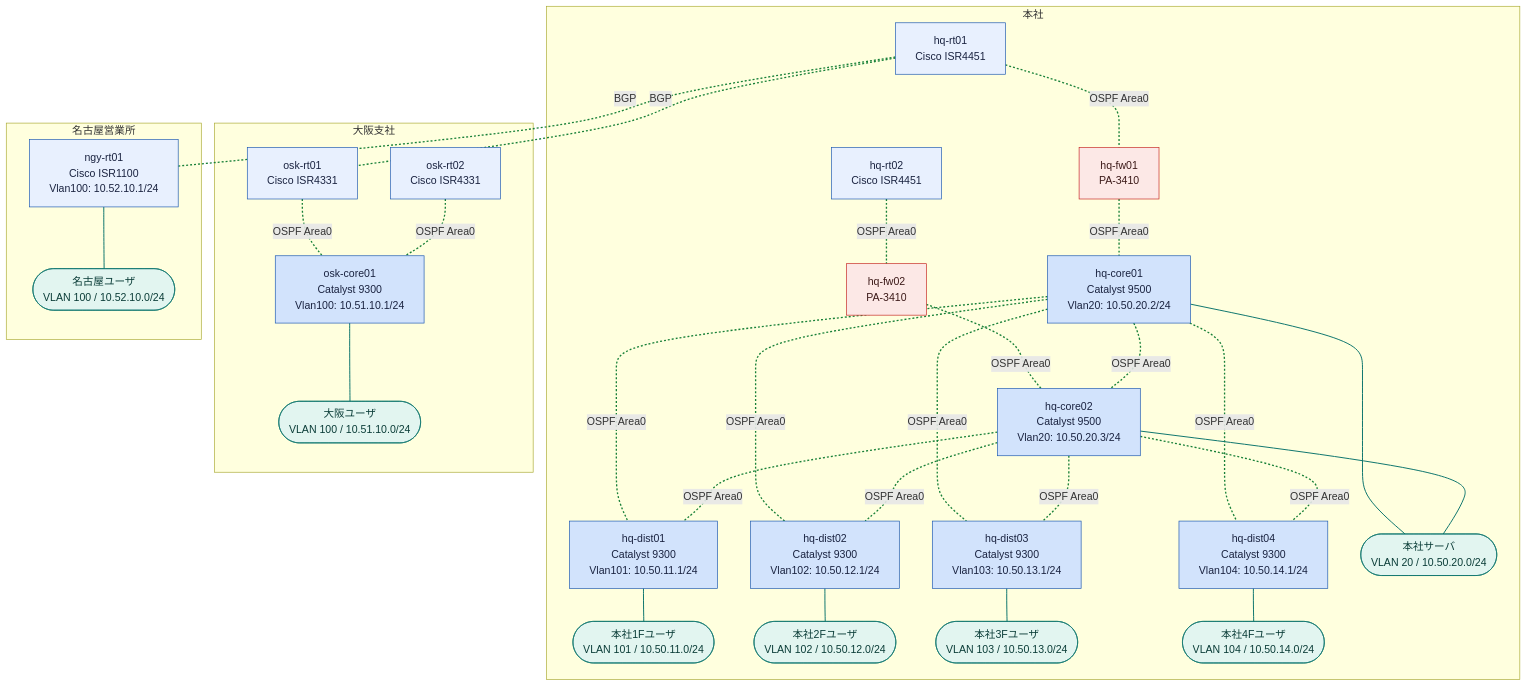
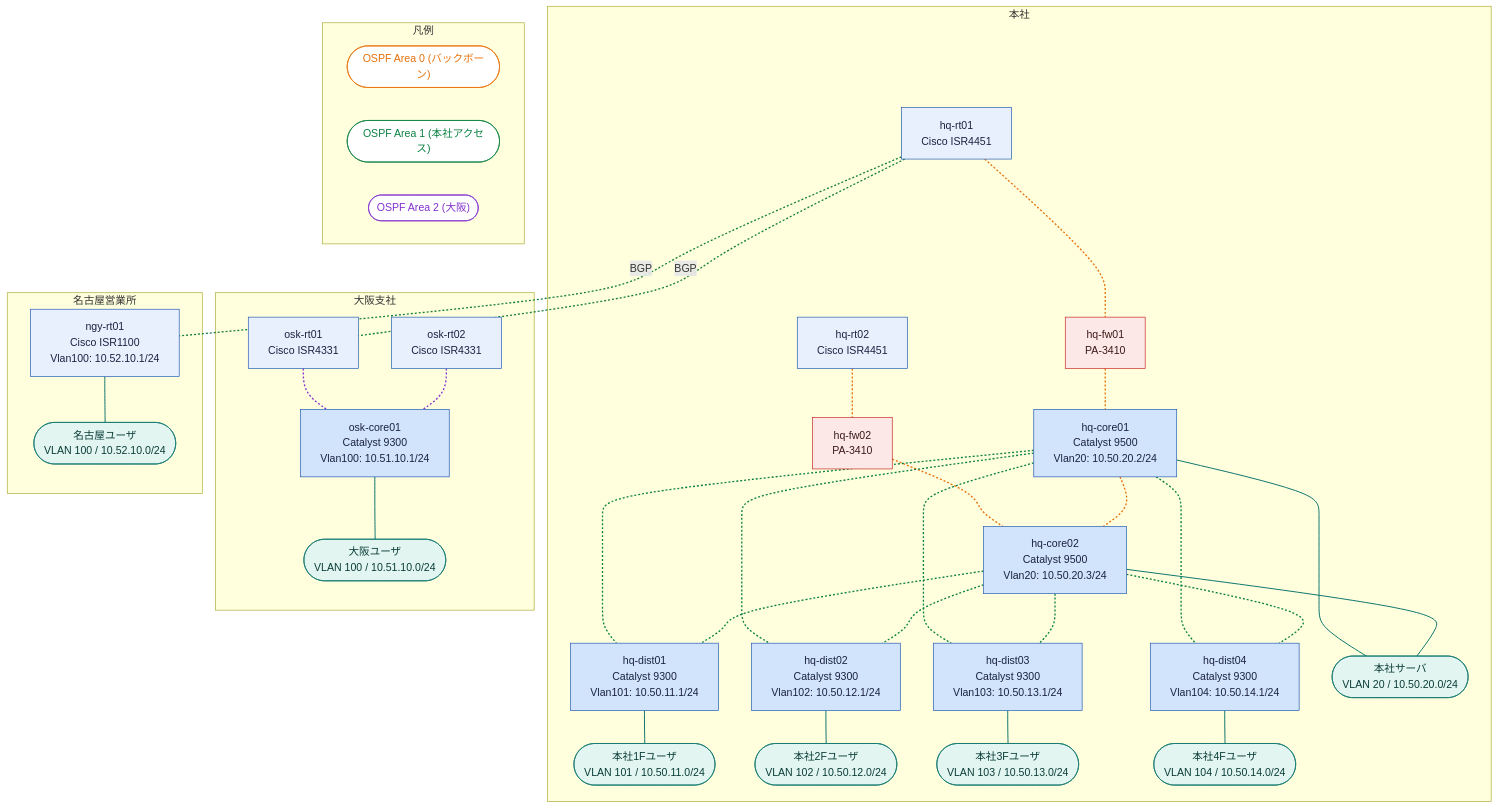
One commit to thinas1115/nwdsl changed the diagram in examples/scale-50/generated/logical-all.mmd. Above: the diagram before and after it, drawn with Mermaid. The commit also changed 28 other files, not shown here.

```diff
--- a/examples/scale-50/generated/logical-all.mmd
+++ b/examples/scale-50/generated/logical-all.mmd
@@ -1,71 +1,85 @@
 flowchart TB
   subgraph sg_hq["本社"]
     hq_rt01["hq-rt01<br>Cisco ISR4451"]
     hq_fw01["hq-fw01<br>PA-3410"]
     hq_rt02["hq-rt02<br>Cisco ISR4451"]
     hq_fw02["hq-fw02<br>PA-3410"]
     hq_core01["hq-core01<br>Catalyst 9500<br>Vlan20: 10.50.20.2/24"]
     hq_core02["hq-core02<br>Catalyst 9500<br>Vlan20: 10.50.20.3/24"]
     hq_dist01["hq-dist01<br>Catalyst 9300<br>Vlan101: 10.50.11.1/24"]
     hq_dist02["hq-dist02<br>Catalyst 9300<br>Vlan102: 10.50.12.1/24"]
     hq_dist03["hq-dist03<br>Catalyst 9300<br>Vlan103: 10.50.13.1/24"]
     hq_dist04["hq-dist04<br>Catalyst 9300<br>Vlan104: 10.50.14.1/24"]
     seg__hq_srv(["本社サーバ<br>VLAN 20 / 10.50.20.0/24"])
     seg__hq_fl1(["本社1Fユーザ<br>VLAN 101 / 10.50.11.0/24"])
     seg__hq_fl2(["本社2Fユーザ<br>VLAN 102 / 10.50.12.0/24"])
     seg__hq_fl3(["本社3Fユーザ<br>VLAN 103 / 10.50.13.0/24"])
     seg__hq_fl4(["本社4Fユーザ<br>VLAN 104 / 10.50.14.0/24"])
   end
   subgraph sg_osk["大阪支社"]
     osk_rt01["osk-rt01<br>Cisco ISR4331"]
     osk_core01["osk-core01<br>Catalyst 9300<br>Vlan100: 10.51.10.1/24"]
     osk_rt02["osk-rt02<br>Cisco ISR4331"]
     seg__osk_lan(["大阪ユーザ<br>VLAN 100 / 10.51.10.0/24"])
   end
   subgraph sg_ngy["名古屋営業所"]
     ngy_rt01["ngy-rt01<br>Cisco ISR1100<br>Vlan100: 10.52.10.1/24"]
     seg__ngy_lan(["名古屋ユーザ<br>VLAN 100 / 10.52.10.0/24"])
   end
-  hq_rt01 ---|"OSPF Area0"| hq_fw01
-  hq_rt02 ---|"OSPF Area0"| hq_fw02
-  hq_fw01 ---|"OSPF Area0"| hq_core01
-  hq_fw02 ---|"OSPF Area0"| hq_core02
-  hq_core01 ---|"OSPF Area0"| hq_core02
-  hq_core01 ---|"OSPF Area0"| hq_dist01
-  hq_core02 ---|"OSPF Area0"| hq_dist01
-  hq_core01 ---|"OSPF Area0"| hq_dist02
-  hq_core02 ---|"OSPF Area0"| hq_dist02
-  hq_core01 ---|"OSPF Area0"| hq_dist03
-  hq_core02 ---|"OSPF Area0"| hq_dist03
-  hq_core01 ---|"OSPF Area0"| hq_dist04
-  hq_core02 ---|"OSPF Area0"| hq_dist04
-  osk_rt01 ---|"OSPF Area0"| osk_core01
-  osk_rt02 ---|"OSPF Area0"| osk_core01
+  hq_rt01 --- hq_fw01
+  hq_rt02 --- hq_fw02
+  hq_fw01 --- hq_core01
+  hq_fw02 --- hq_core02
+  hq_core01 --- hq_core02
+  hq_core01 --- hq_dist01
+  hq_core02 --- hq_dist01
+  hq_core01 --- hq_dist02
+  hq_core02 --- hq_dist02
+  hq_core01 --- hq_dist03
+  hq_core02 --- hq_dist03
+  hq_core01 --- hq_dist04
+  hq_core02 --- hq_dist04
+  osk_rt01 --- osk_core01
+  osk_rt02 --- osk_core01
   hq_rt01 ---|"BGP"| osk_rt01
   hq_rt01 ---|"BGP"| ngy_rt01
   hq_core01 --- seg__hq_srv
   hq_core02 --- seg__hq_srv
   osk_core01 --- seg__osk_lan
   ngy_rt01 --- seg__ngy_lan
   hq_dist01 --- seg__hq_fl1
   hq_dist02 --- seg__hq_fl2
   hq_dist03 --- seg__hq_fl3
   hq_dist04 --- seg__hq_fl4
+  subgraph legend["凡例"]
+    lg0(["OSPF Area 0 (バックボーン)"])
+    lg1(["OSPF Area 1 (本社アクセス)"])
+    lg2(["OSPF Area 2 (大阪)"])
+  end
 
   classDef node_dim fill:#f8f9fa,stroke:#dadce0,color:#bdc1c6
   classDef node_failed fill:#fce8e6,stroke:#c5221f,color:#3c1a19
   classDef role_router fill:#e8f0fe,stroke:#1a56b0,color:#1a2340
   classDef role_l3switch fill:#d2e3fc,stroke:#1a56b0,color:#1a2340
   classDef role_l2switch fill:#e6f4ea,stroke:#137333,color:#1a2e1f
   classDef role_firewall fill:#fce8e6,stroke:#c5221f,color:#3c1a19
   classDef role_other fill:#f1f3f4,stroke:#5f6368,color:#202124
   classDef node_cloud fill:#f1f3f4,stroke:#5f6368,color:#202124
   classDef node_site fill:#fff8e1,stroke:#b58105,color:#4a3a08
   classDef node_segment fill:#e2f5f0,stroke:#0f766e,color:#0b3d38
   classDef node_external fill:#ffffff,stroke:#9aa0a6,stroke-dasharray:3 3,color:#5f6368
   class hq_rt01,hq_rt02,osk_rt01,osk_rt02,ngy_rt01 role_router
   class hq_fw01,hq_fw02 role_firewall
   class hq_core01,hq_core02,hq_dist01,hq_dist02,hq_dist03,hq_dist04,osk_core01 role_l3switch
   class seg__hq_srv,seg__osk_lan,seg__ngy_lan,seg__hq_fl1,seg__hq_fl2,seg__hq_fl3,seg__hq_fl4 node_segment
-  linkStyle 0,1,2,3,4,5,6,7,8,9,10,11,12,13,14,15,16 stroke:#188038,stroke-width:2px,stroke-dasharray:3 3
+  linkStyle 15,16 stroke:#188038,stroke-width:2px,stroke-dasharray:3 3
   linkStyle 17,18,19,20,21,22,23,24 stroke:#0f766e,stroke-width:1.5px
+  linkStyle 0,1,2,3,4 stroke:#e8710a,stroke-width:2px,stroke-dasharray:3 3
+  classDef dom0 fill:#ffffff,stroke:#e8710a,color:#e8710a
+  class lg0 dom0
+  linkStyle 5,6,7,8,9,10,11,12 stroke:#0b8043,stroke-width:2px,stroke-dasharray:3 3
+  classDef dom1 fill:#ffffff,stroke:#0b8043,color:#0b8043
+  class lg1 dom1
+  linkStyle 13,14 stroke:#8430ce,stroke-width:2px,stroke-dasharray:3 3
+  classDef dom2 fill:#ffffff,stroke:#8430ce,color:#8430ce
+  class lg2 dom2
```
